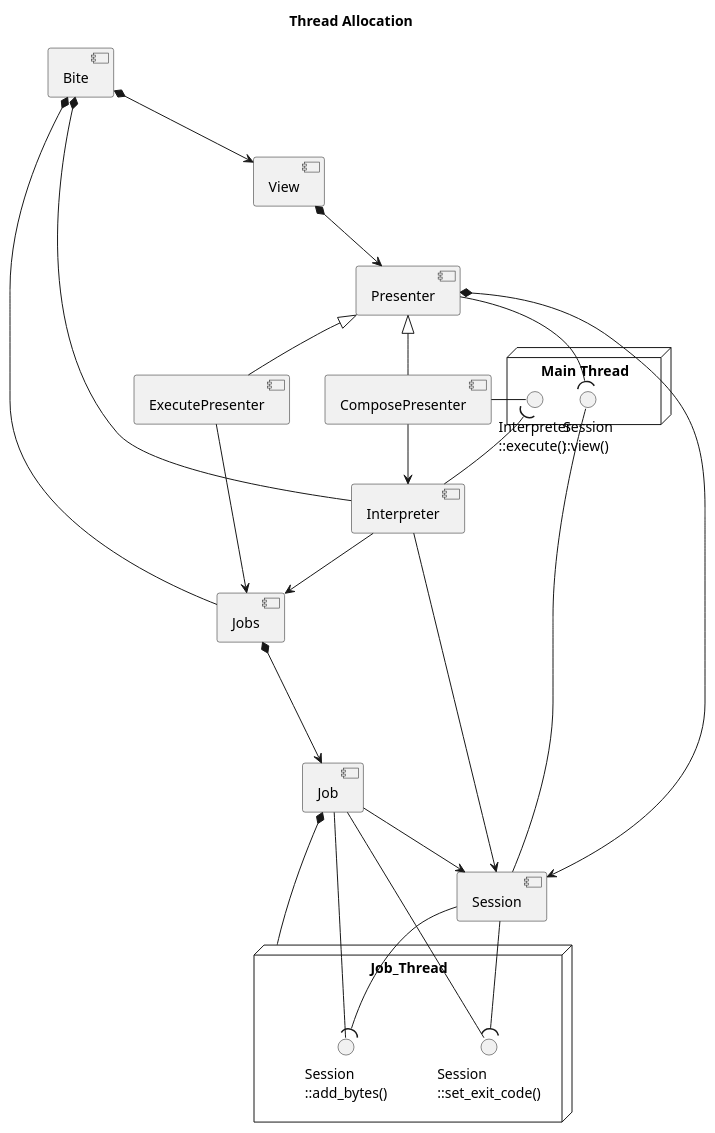
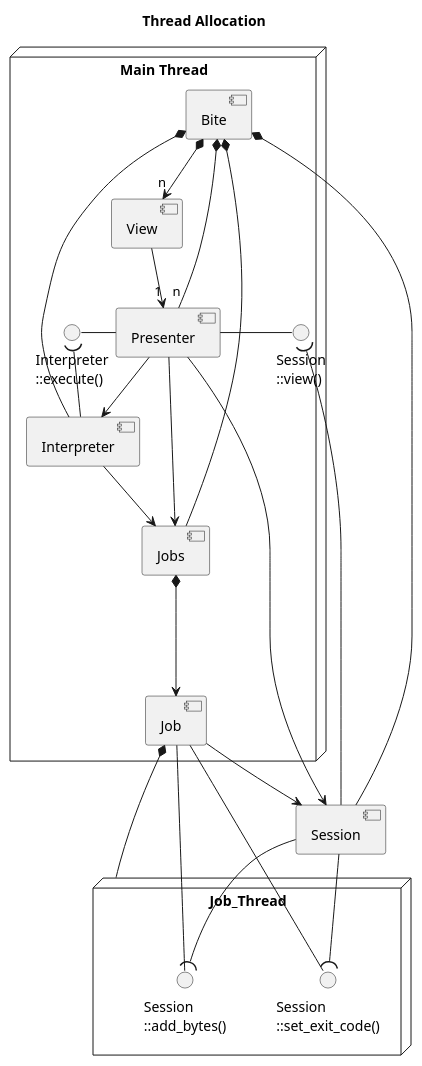
Before and after one commit to LarsEKrueger/bite: the second of 7 diagrams in doc/architecture.pu, drawn with PlantUML. The commit also changed other lines of this file and 11 other files, not shown here.

```diff
--- a/doc/architecture.pu
+++ b/doc/architecture.pu
@@ -38,56 +36,54 @@
 @startuml
 title Thread Allocation
 
 component Session
 
-component Interpreter
+node "Main Thread" as Main_Thread {
+  [Bite]
+  [View]
+  [Presenter]
+  [Interpreter]
+  [Jobs]
+  [Job]
+  interface "Session\n::view()" as Session_view
+  interface "Interpreter\n::execute()" as Interpreter_execute
+}
 
-[Presenter] *--> [Session]
+[Presenter] --> [Session]
+[Jobs] *---> [Job]
+[Job] *--- Job_Thread
 [Bite] *-- [Interpreter]
 [Bite] *-- [Jobs]
-[Jobs] *---> [Job]
-[Job] *--- Job_Thread
-[Bite] *--> [View]
-[View] *--> [Presenter]
+[Bite] *-- Session
+[Bite] *--> "n" [View]
+Bite *-- "n" Presenter
+[View] --> "1" [Presenter]
 
 Job --> Session
 Interpreter --> Jobs
 
-node "Main Thread" as Main_Thread {
-  [Presenter]
-  [Interpreter]
-  interface "Session\n::view()" as Session_view
-  interface "Interpreter\n::execute()" as Interpreter_execute
-}
 
-Presenter -( Session_view
+Presenter - Session_view
 
-component ComposePresenter
-component ExecutePresenter
-Presenter <|-- ComposePresenter
-Presenter <|-- ExecutePresenter
+Presenter - Interpreter_execute
+Presenter --> Interpreter
 
-ComposePresenter - Interpreter_execute
-ComposePresenter --> Interpreter
-
-ExecutePresenter --> Jobs
+Presenter --> Jobs
 
 node "Job Thread" as Job_Thread {
   interface "Session\n::add_bytes()" as Session_add
 
   interface "Session\n::set_exit_code()" as Session_set_exit_code
 }
 
-Session_view -- Session
+Session_view )-- Session
 Session --( Session_add
 
 Session --( Session_set_exit_code
 Session_set_exit_code -- Job
 
 [Job] -- Session_add
 
 Interpreter_execute )-- Interpreter
 
-Interpreter --> Session
-
 @enduml
```
